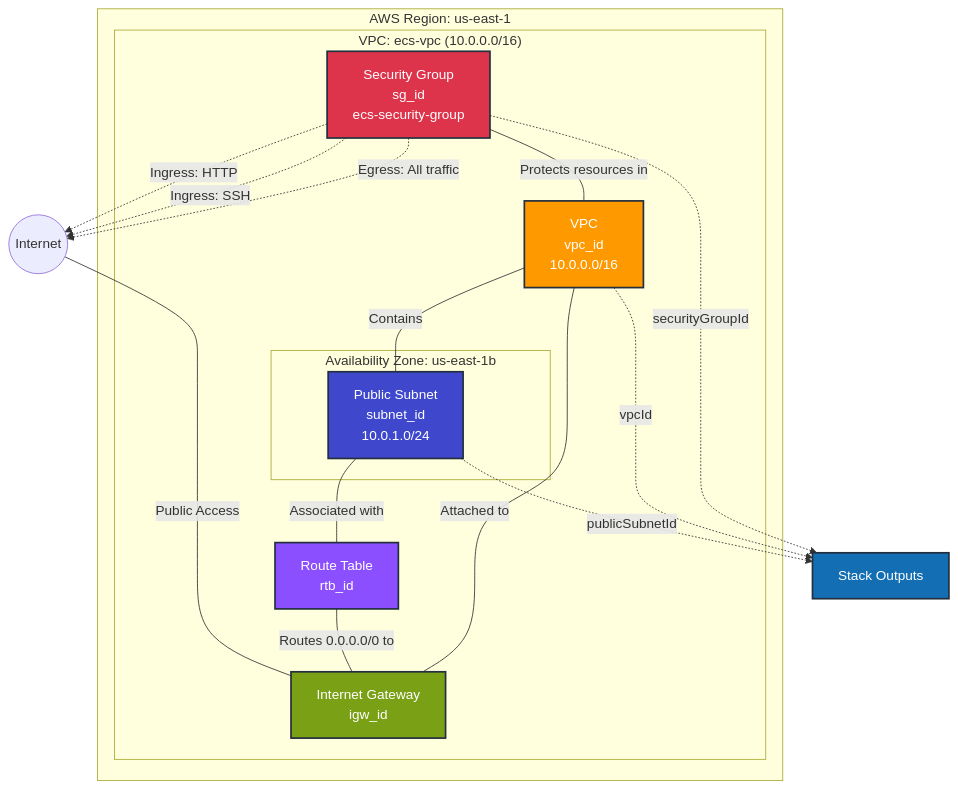
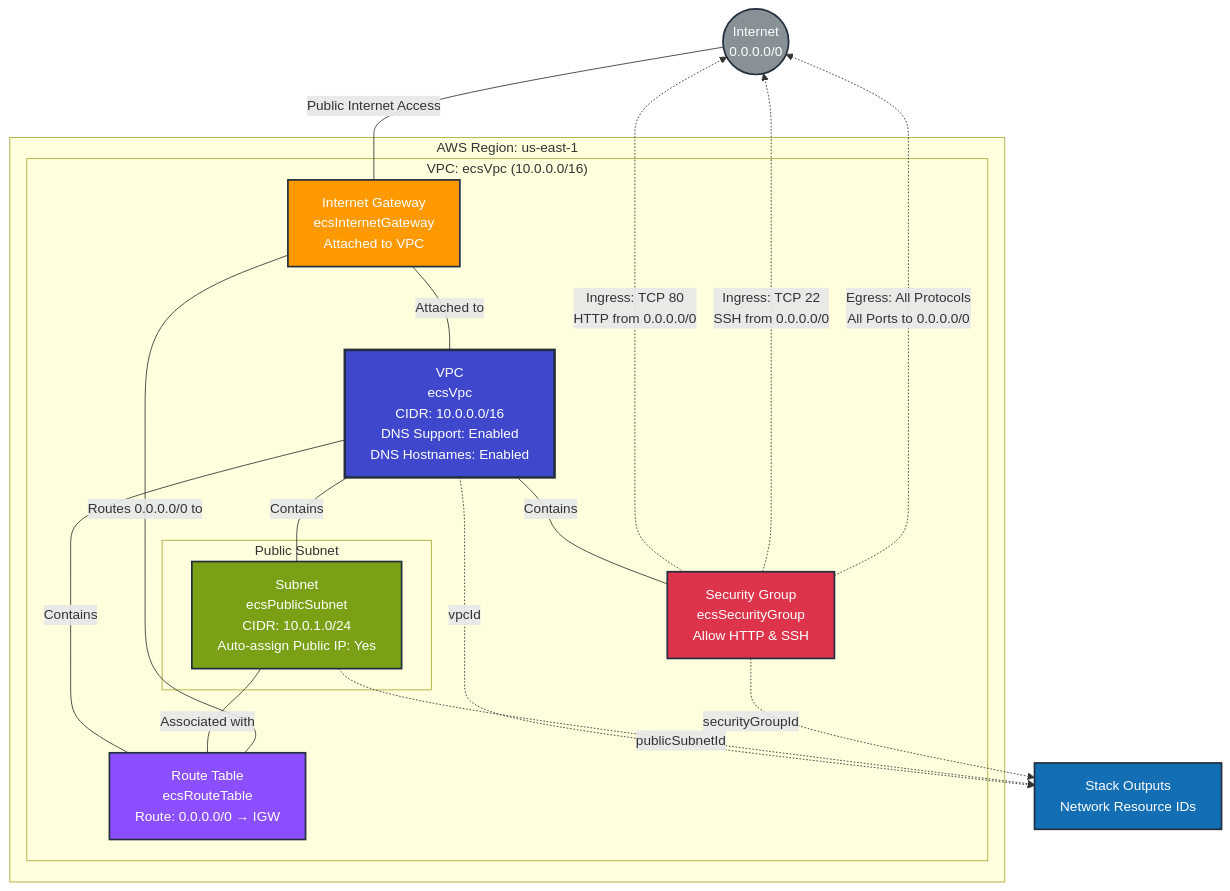
One commit to Elisabeth-Team/Architecture-Diagrams changed the diagram in stacks/network-infrastructure-prod.md. Above: the diagram before and after it, drawn with Mermaid. The commit also changed other lines of this file and 3 other files, not shown here.

Commit message:
Update production infrastructure diagrams to reflect current state

````diff
--- a/stacks/network-infrastructure-prod.md
+++ b/stacks/network-infrastructure-prod.md
@@ -5,51 +5,60 @@
 ```mermaid
 graph TB
+    INTERNET((Internet<br/>0.0.0.0/0))
+
     subgraph "AWS Region: us-east-1"
-        subgraph "VPC: ecs-vpc (10.0.0.0/16)"
-            VPC[VPC<br/>vpc_id<br/>10.0.0.0/16]
+        subgraph "VPC: ecsVpc (10.0.0.0/16)"
+            VPC[VPC<br/>ecsVpc<br/>CIDR: 10.0.0.0/16<br/>DNS Support: Enabled<br/>DNS Hostnames: Enabled]
 
-            subgraph "Availability Zone: us-east-1b"
-                SUBNET[Public Subnet<br/>subnet_id<br/>10.0.1.0/24]
+            IGW[Internet Gateway<br/>ecsInternetGateway<br/>Attached to VPC]
+
+            RT[Route Table<br/>ecsRouteTable<br/>Route: 0.0.0.0/0 → IGW]
+
+            subgraph "Public Subnet"
+                SUBNET[Subnet<br/>ecsPublicSubnet<br/>CIDR: 10.0.1.0/24<br/>Auto-assign Public IP: Yes]
             end
 
-            IGW[Internet Gateway<br/>igw_id]
-            RT[Route Table<br/>rtb_id]
-            SG[Security Group<br/>sg_id<br/>ecs-security-group]
+            SG[Security Group<br/>ecsSecurityGroup<br/>Allow HTTP & SSH]
         end
     end
 
-    INTERNET((Internet))
+    %% Internet Gateway Connection
+    INTERNET ---|Public Internet Access| IGW
+    IGW ---|Attached to| VPC
 
-    %% Connections
-    INTERNET ---|Public Access| IGW
-    IGW ---|Attached to| VPC
+    %% VPC Contains Resources
     VPC ---|Contains| SUBNET
+    VPC ---|Contains| RT
+    VPC ---|Contains| SG
+
+    %% Route Table Association
     RT ---|Routes 0.0.0.0/0 to| IGW
     SUBNET ---|Associated with| RT
-    SG ---|Protects resources in| VPC
 
     %% Security Group Rules
-    SG -.->|Ingress: HTTP | INTERNET
-    SG -.->|Ingress: SSH | INTERNET
-    SG -.->|Egress: All traffic| INTERNET
+    SG -.->|Ingress: TCP 80<br/>HTTP from 0.0.0.0/0| INTERNET
+    SG -.->|Ingress: TCP 22<br/>SSH from 0.0.0.0/0| INTERNET
+    SG -.->|Egress: All Protocols<br/>All Ports to 0.0.0.0/0| INTERNET
 
     %% Stack Outputs (exported to other stacks)
-    SUBNET -.->|publicSubnetId| OUTPUTS[Stack Outputs]
-    VPC -.->|vpcId| OUTPUTS
+    VPC -.->|vpcId| OUTPUTS[Stack Outputs<br/>Network Resource IDs]
+    SUBNET -.->|publicSubnetId| OUTPUTS
     SG -.->|securityGroupId| OUTPUTS
 
     %% Styling
-    classDef vpc fill:#FF9900,stroke:#232F3E,stroke-width:2px,color:#fff
-    classDef subnet fill:#3F48CC,stroke:#232F3E,stroke-width:2px,color:#fff
-    classDef gateway fill:#7AA116,stroke:#232F3E,stroke-width:2px,color:#fff
+    classDef vpc fill:#3F48CC,stroke:#232F3E,stroke-width:3px,color:#fff
+    classDef subnet fill:#7AA116,stroke:#232F3E,stroke-width:2px,color:#fff
+    classDef gateway fill:#FF9900,stroke:#232F3E,stroke-width:2px,color:#fff
     classDef security fill:#DD344C,stroke:#232F3E,stroke-width:2px,color:#fff
     classDef routing fill:#8C4FFF,stroke:#232F3E,stroke-width:2px,color:#fff
     classDef outputs fill:#146EB4,stroke:#232F3E,stroke-width:2px,color:#fff
+    classDef external fill:#879196,stroke:#232F3E,stroke-width:2px,color:#fff
 
     class VPC vpc
     class SUBNET subnet
     class IGW gateway
     class SG security
     class RT routing
     class OUTPUTS outputs
+    class INTERNET external
 ```
````
